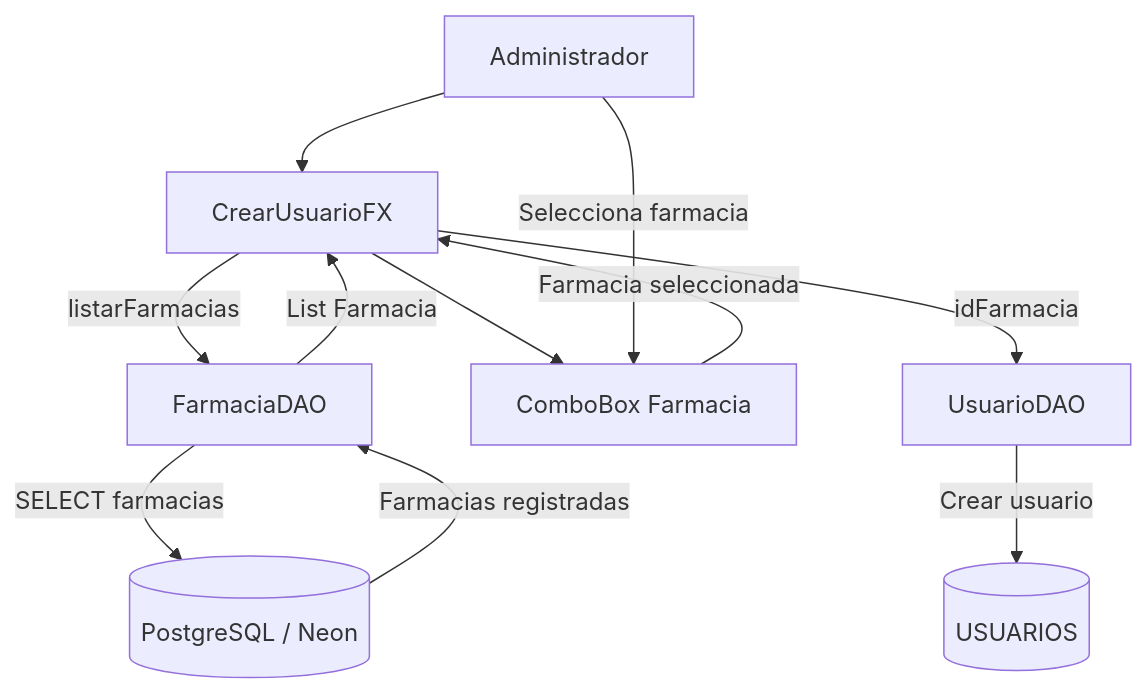
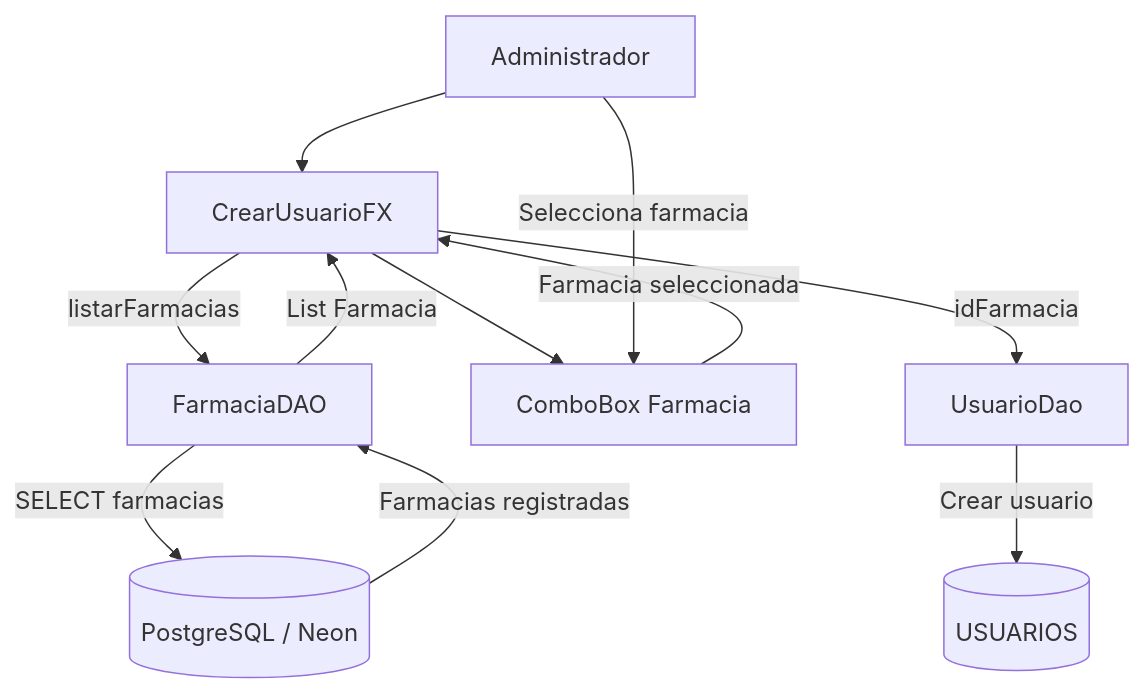
One commit to puj-course/FIS_2630_1204_G1 changed the fifth of 6 diagrams in docs/architecture/HU-68_USUARIO_FARMACIA.md. Above: the diagram before and after it, drawn with Mermaid. The commit also changed other lines of this file and 121 other files, not shown here.

````diff
--- a/docs/architecture/HU-68_USUARIO_FARMACIA.md
+++ b/docs/architecture/HU-68_USUARIO_FARMACIA.md
@@ -157,26 +157,26 @@
 ```mermaid
 flowchart TD
 
     A[Administrador]
     B[CrearUsuarioFX]
     C[FarmaciaDAO]
     D[(PostgreSQL / Neon)]
     E[ComboBox Farmacia]
-    F[UsuarioDAO]
+    F[UsuarioDao]
     G[(USUARIOS)]
 
     A --> B
 
     B -->|listarFarmacias| C
     C -->|SELECT farmacias| D
     D -->|Farmacias registradas| C
     C -->|List Farmacia| B
 
     B --> E
     A -->|Selecciona farmacia| E
 
     E -->|Farmacia seleccionada| B
     B -->|idFarmacia| F
 
     F -->|Crear usuario| G
 ```
````
